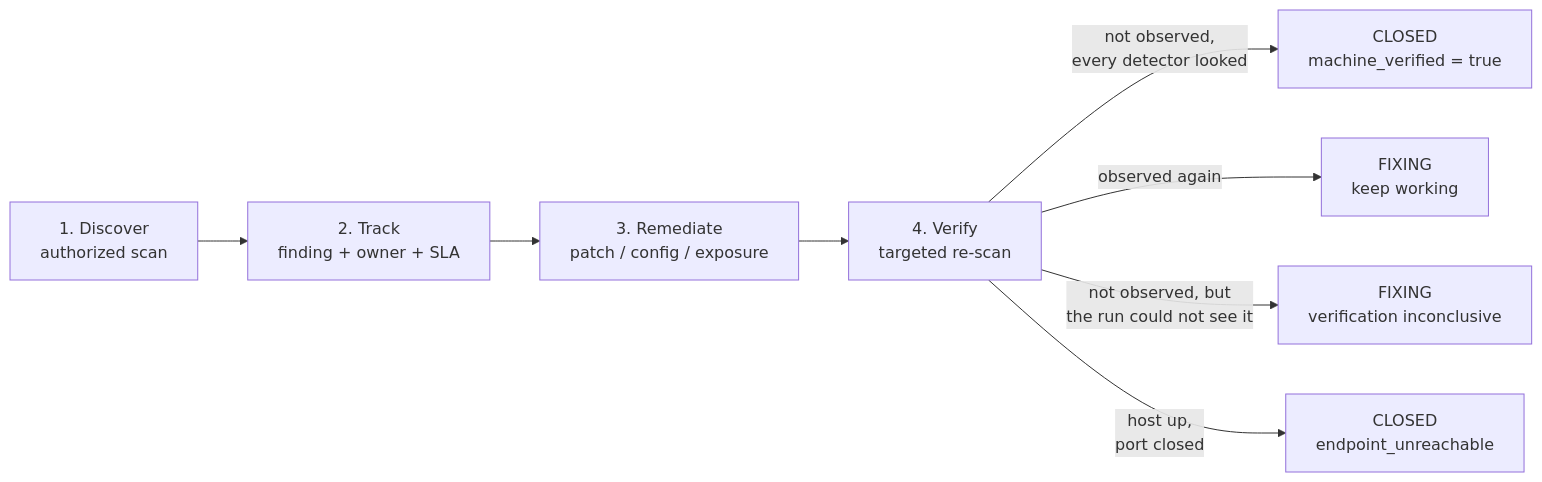
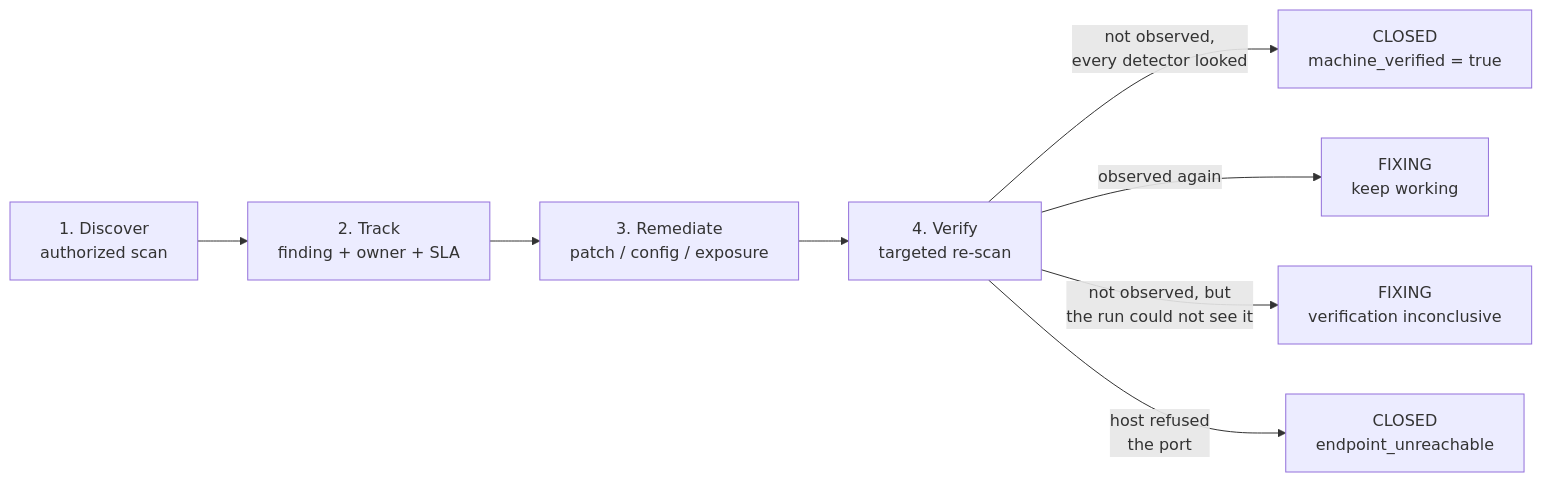
The first of 3 diagrams in README.md (onixus/Shapoclyack), drawn with Mermaid before and after one commit. The commit also changed other lines of this file and 6 other files, not shown here.

First line of the commit message:
docs: endpoint_unreachable rests on a refusal, from the same vantage

````diff
--- a/README.md
+++ b/README.md
@@ -17,10 +17,10 @@
 ```mermaid
 flowchart LR
     A["1. Discover<br/>authorized scan"] --> B["2. Track<br/>finding + owner + SLA"]
     B --> C["3. Remediate<br/>patch / config / exposure"]
     C --> D["4. Verify<br/>targeted re-scan"]
     D -->|not observed,<br/>every detector looked| E["CLOSED<br/>machine_verified = true"]
     D -->|observed again| F["FIXING<br/>keep working"]
     D -->|not observed, but<br/>the run could not see it| G["FIXING<br/>verification inconclusive"]
-    D -->|host up,<br/>port closed| H["CLOSED<br/>endpoint_unreachable"]
+    D -->|host refused<br/>the port| H["CLOSED<br/>endpoint_unreachable"]
 ```
````
